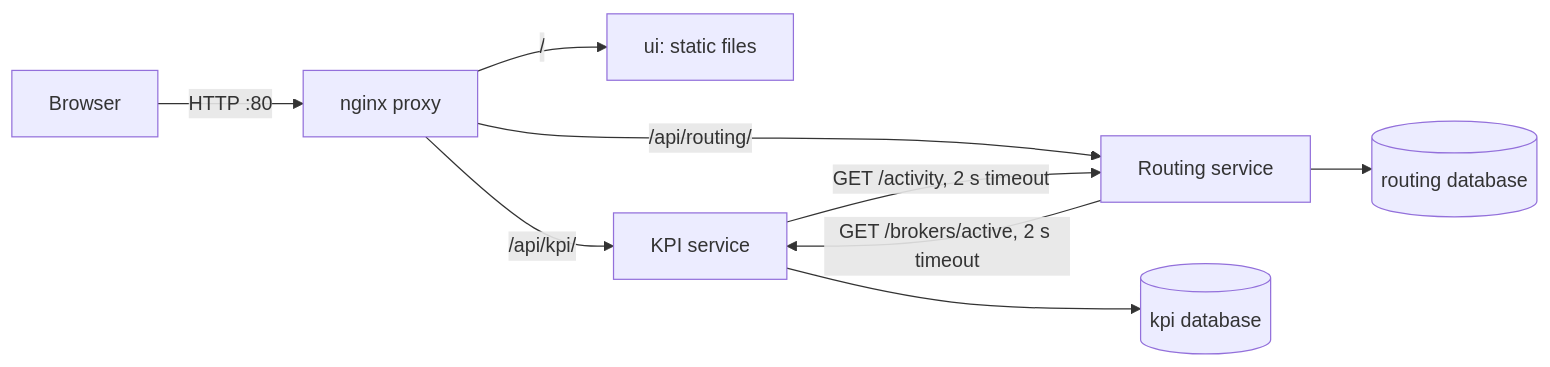
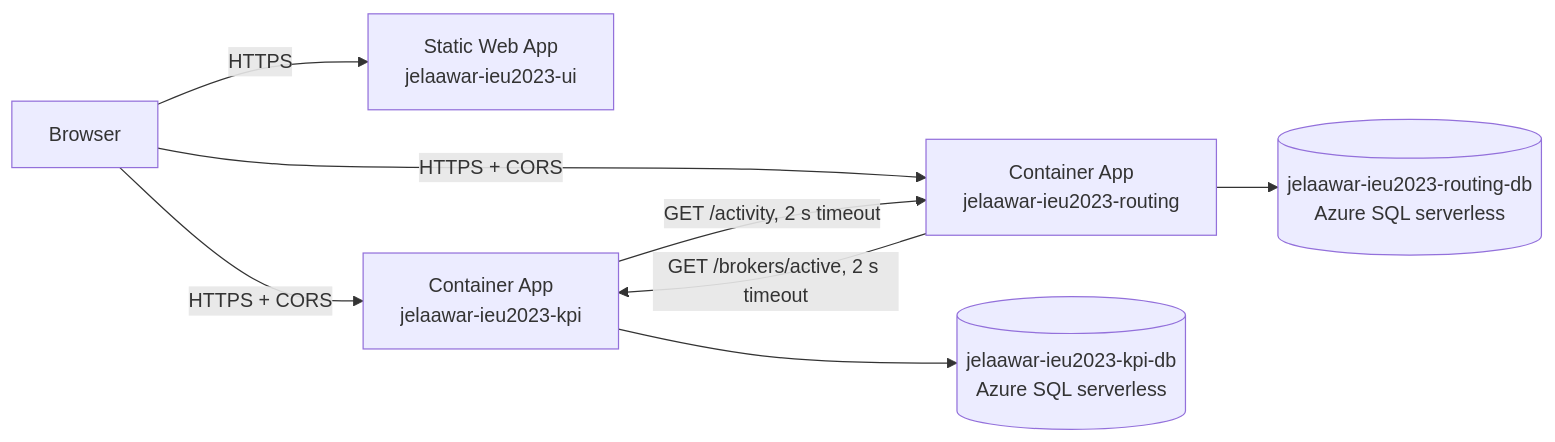
The diagram in README.md (Jadelaawar42027/devops-teamManagement), drawn with Mermaid before and after one commit. The commit also changed other lines of this file and 34 other files, not shown here.

````diff
--- a/README.md
+++ b/README.md
@@ -19,11 +18,10 @@
 ```mermaid
 flowchart LR
-  B[Browser] -->|HTTP :80| P[nginx proxy]
-  P -->|/| UI[ui: static files]
-  P -->|/api/kpi/| K[KPI service]
-  P -->|/api/routing/| R[Routing service]
+  B[Browser] -->|HTTPS| UI[Static Web App<br/>jelaawar-ieu2023-ui]
+  B -->|HTTPS + CORS| K[Container App<br/>jelaawar-ieu2023-kpi]
+  B -->|HTTPS + CORS| R[Container App<br/>jelaawar-ieu2023-routing]
   K -->|GET /activity, 2 s timeout| R
   R -->|GET /brokers/active, 2 s timeout| K
-  K --> KD[(kpi database)]
-  R --> RD[(routing database)]
+  K --> KD[(jelaawar-ieu2023-kpi-db<br/>Azure SQL serverless)]
+  R --> RD[(jelaawar-ieu2023-routing-db<br/>Azure SQL serverless)]
 ```
````
